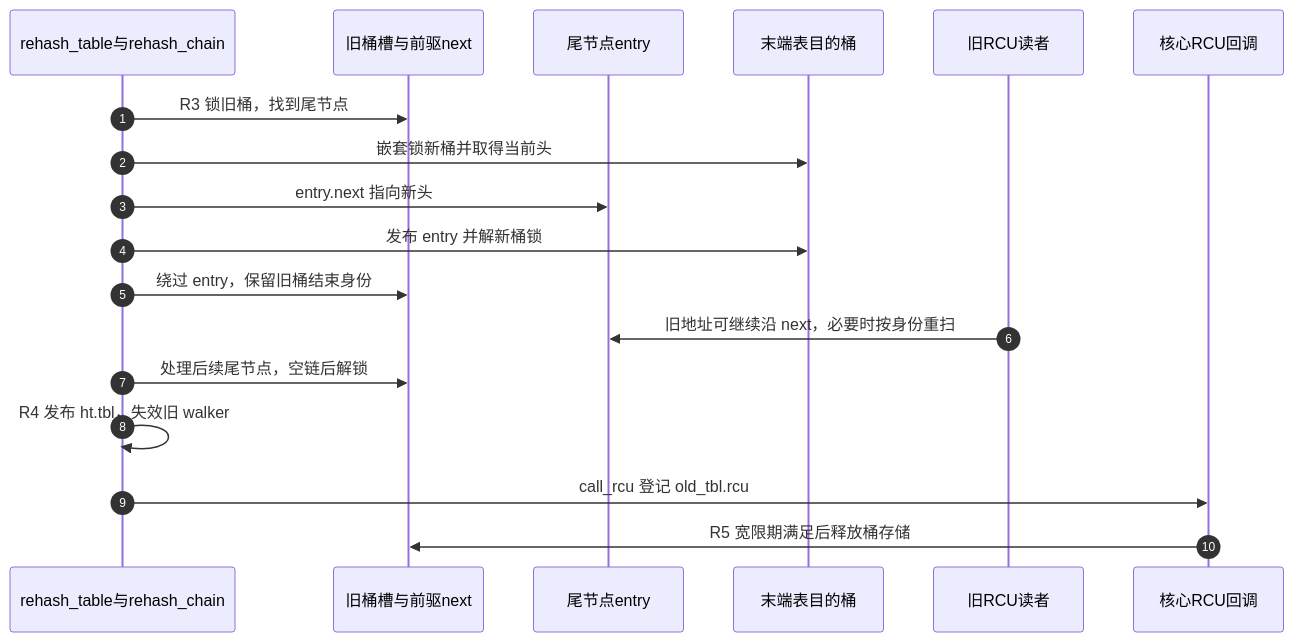
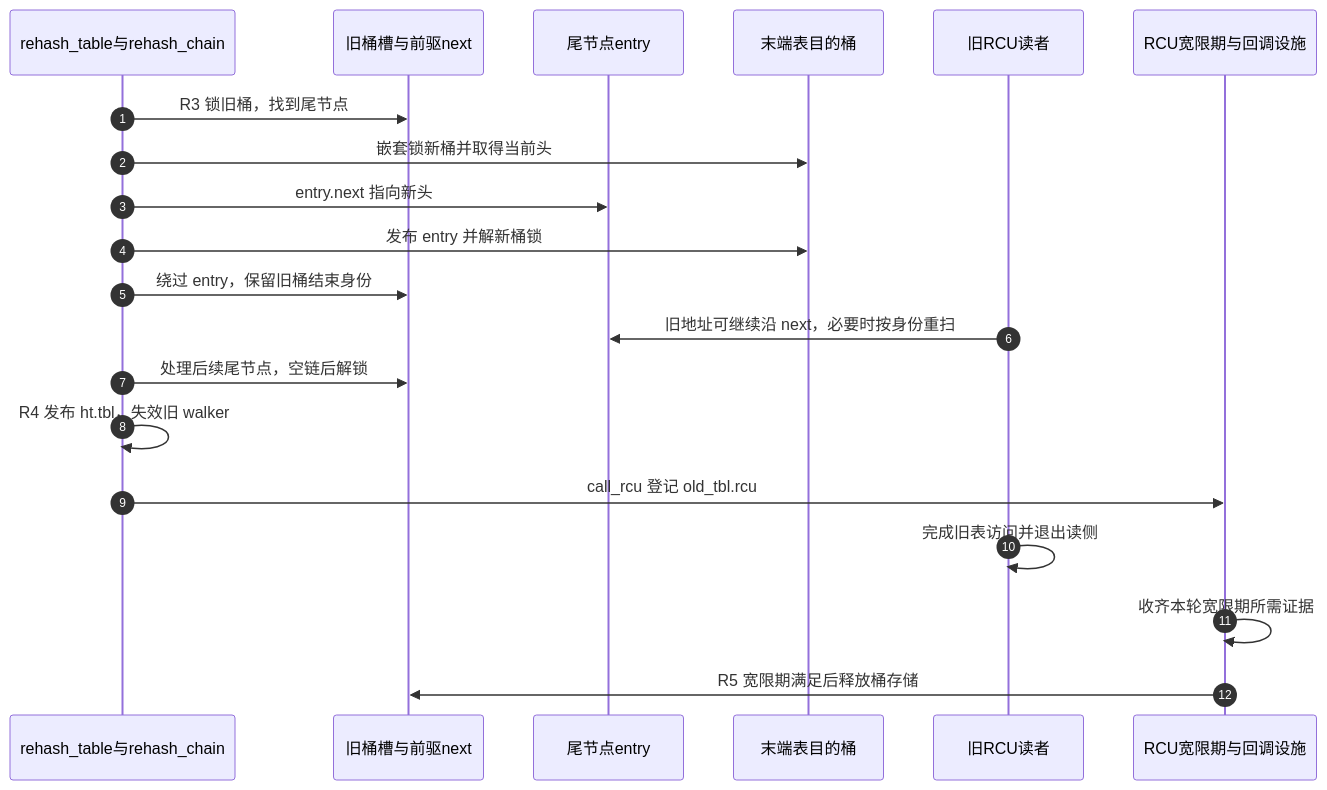
Before and after one commit to FormingSystem/linux_note: the first of 2 diagrams in research/source_reading/hash_table/source_explanations/lib/rhashtable.c.md, drawn with Mermaid. The commit also changed other lines of this file and 10 other files, not shown here.

````diff
--- a/research/source_reading/hash_table/source_explanations/lib/rhashtable.c.md
+++ b/research/source_reading/hash_table/source_explanations/lib/rhashtable.c.md
@@ -235,20 +237,22 @@
 ```mermaid
 sequenceDiagram
     autonumber
     participant w as rehash_table与rehash_chain
     participant old as 旧桶槽与前驱next
     participant item as 尾节点entry
     participant dest as 末端表目的桶
     participant r as 旧RCU读者
-    participant gp as 核心RCU回调
+    participant gp as RCU宽限期与回调设施
     w->>old: R3 锁旧桶，找到尾节点
     w->>dest: 嵌套锁新桶并取得当前头
     w->>item: entry.next 指向新头
     w->>dest: 发布 entry 并解新桶锁
     w->>old: 绕过 entry，保留旧桶结束身份
     r->>item: 旧地址可继续沿 next，必要时按身份重扫
     w->>old: 处理后续尾节点，空链后解锁
     w->>w: R4 发布 ht.tbl，失效旧 walker
     w->>gp: call_rcu 登记 old_tbl.rcu
+    r->>r: 完成旧表访问并退出读侧
+    gp->>gp: 收齐本轮宽限期所需证据
     gp->>old: R5 宽限期满足后释放桶存储
 ```
````
